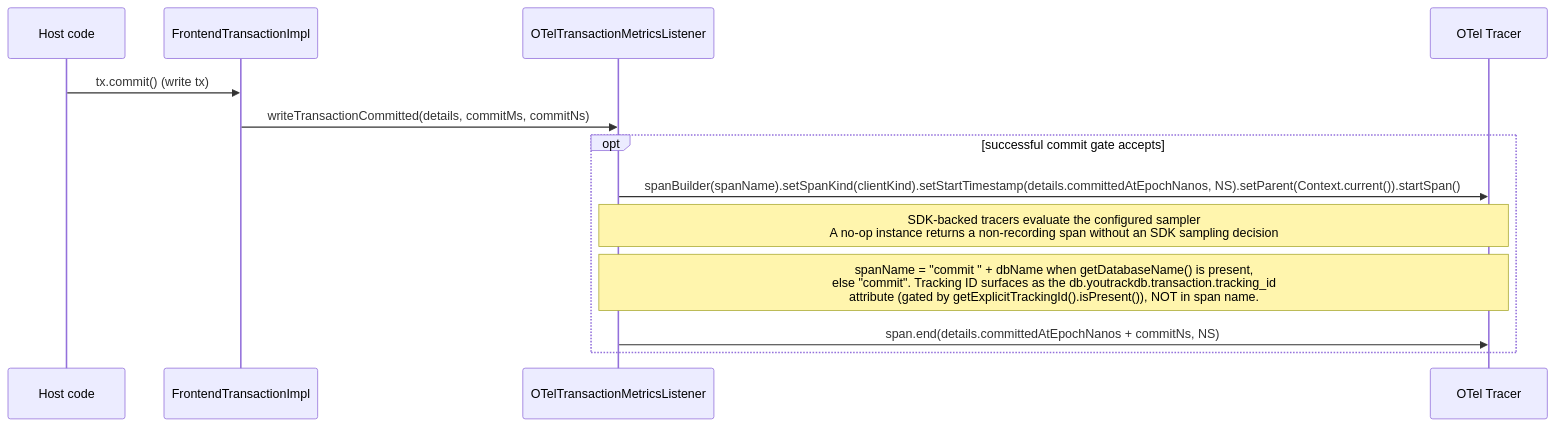
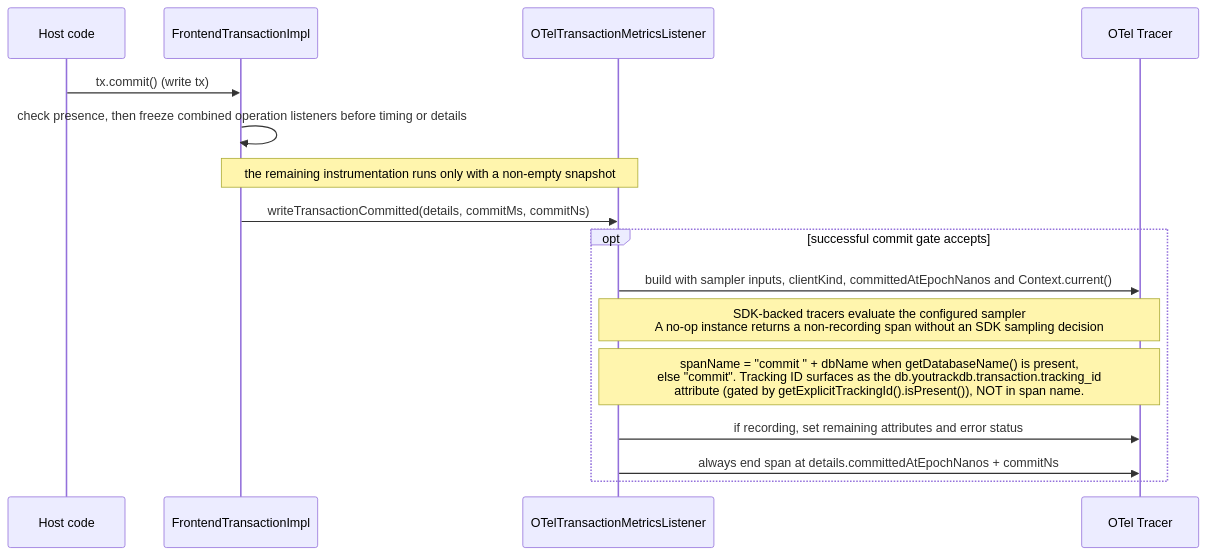
Before and after one commit to JetBrains/youtrackdb: the third of 4 diagrams in docs/adr/ytdb-496-opentelemetry-support/_workflow/design.md, drawn with Mermaid. The commit also changed other lines of this file and 2 other files, not shown here.

First line of the commit message:
Track 91: Check listeners first, use lock-free caches and set attributes only for kept spans

````diff
--- a/docs/adr/ytdb-496-opentelemetry-support/_workflow/design.md
+++ b/docs/adr/ytdb-496-opentelemetry-support/_workflow/design.md
@@ -528,16 +561,19 @@
 ```mermaid
 sequenceDiagram
     participant Host as Host code
     participant TX as FrontendTransactionImpl
     participant OTL as OTelTransactionMetricsListener
     participant TR as OTel Tracer
 
     Host->>TX: tx.commit() (write tx)
+    TX->>TX: check presence, then freeze combined operation listeners before timing or details
+    Note over TX,OTL: the remaining instrumentation runs only with a non-empty snapshot
     TX->>OTL: writeTransactionCommitted(details, commitMs, commitNs)
     opt successful commit gate accepts
-        OTL->>TR: spanBuilder(spanName).setSpanKind(clientKind).setStartTimestamp(details.committedAtEpochNanos, NS).setParent(Context.current()).startSpan()
+        OTL->>TR: build with sampler inputs, clientKind, committedAtEpochNanos and Context.current()
         Note over OTL,TR: SDK-backed tracers evaluate the configured sampler<br/>A no-op instance returns a non-recording span without an SDK sampling decision
         Note over OTL,TR: spanName = "commit " + dbName when getDatabaseName() is present,<br/>else "commit". Tracking ID surfaces as the db.youtrackdb.transaction.tracking_id<br/>attribute (gated by getExplicitTrackingId().isPresent()), NOT in span name.
-        OTL->>TR: span.end(details.committedAtEpochNanos + commitNs, NS)
+        OTL->>TR: if recording, set remaining attributes and error status
+        OTL->>TR: always end span at details.committedAtEpochNanos + commitNs
     end
 ```
````
